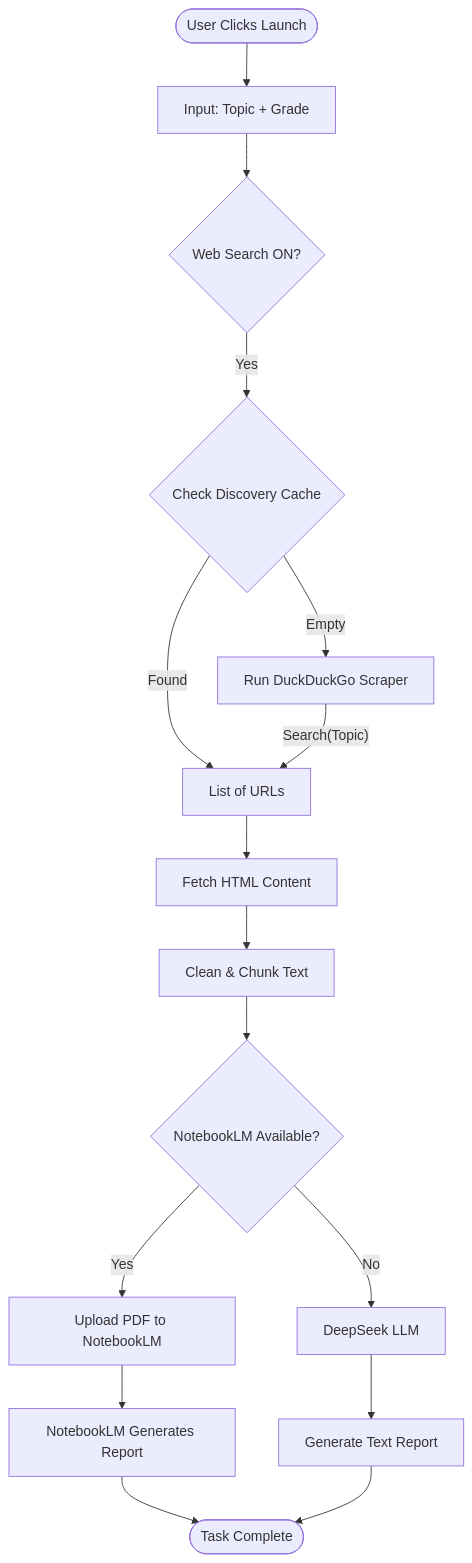
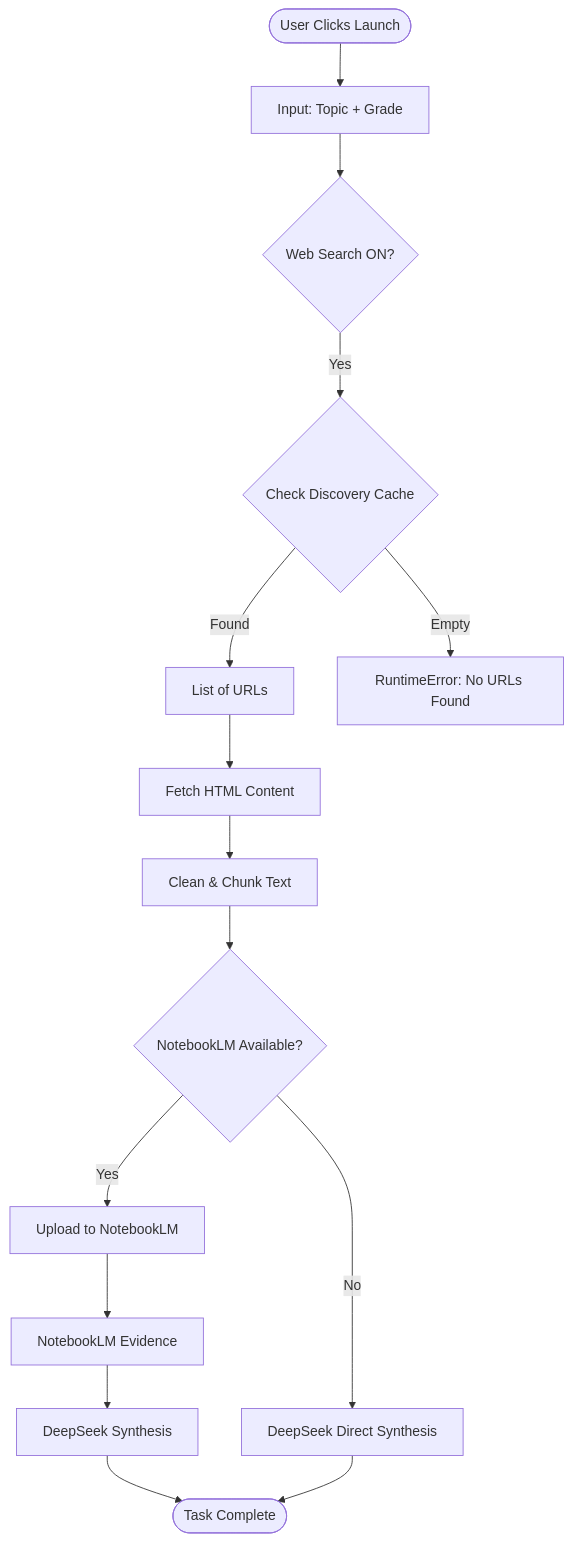
Before and after one commit to lakshman81-ai/NotebooklmCrawler: the diagram in flow_auto.md, drawn with Mermaid. The commit also changed other lines of this file and 3 other files, not shown here.

Commit message:
Update intelligence flow documentation for Two-Stage AI and Auto constraints

````diff
--- a/flow_auto.md
+++ b/flow_auto.md
@@ -20,24 +22,25 @@
 ```mermaid
 graph TD
     Start([User Clicks Launch]) --> Input[Input: Topic + Grade]
     Input --> Config{Web Search ON?}
 
     Config -- Yes --> Cache{Check Discovery Cache}
     Cache -- Found --> URLs[List of URLs]
-    Cache -- Empty --> Scraper[Run DuckDuckGo Scraper]
-    Scraper -- "Search(Topic)" --> URLs
+    Cache -- Empty --> Error[RuntimeError: No URLs Found]
 
     URLs --> Fetch[Fetch HTML Content]
     Fetch --> Clean[Clean & Chunk Text]
 
     Clean --> AI_Gate{NotebookLM Available?}
 
-    AI_Gate -- Yes --> NBLM_Upload[Upload PDF to NotebookLM]
-    NBLM_Upload --> NBLM_Gen[NotebookLM Generates Report]
+    %% Mode A: Two-Stage
+    AI_Gate -- Yes --> NBLM_Upload[Upload to NotebookLM]
+    NBLM_Upload --> NBLM_Gen[NotebookLM Evidence]
+    NBLM_Gen --> DeepSeek_A[DeepSeek Synthesis]
 
-    AI_Gate -- No --> DeepSeek[DeepSeek LLM]
-    DeepSeek --> DS_Gen[Generate Text Report]
+    %% Mode B: Fallback
+    AI_Gate -- No --> DeepSeek_B[DeepSeek Direct Synthesis]
 
-    NBLM_Gen --> End([Task Complete])
-    DS_Gen --> End
+    DeepSeek_A --> End([Task Complete])
+    DeepSeek_B --> End
 ```
````
